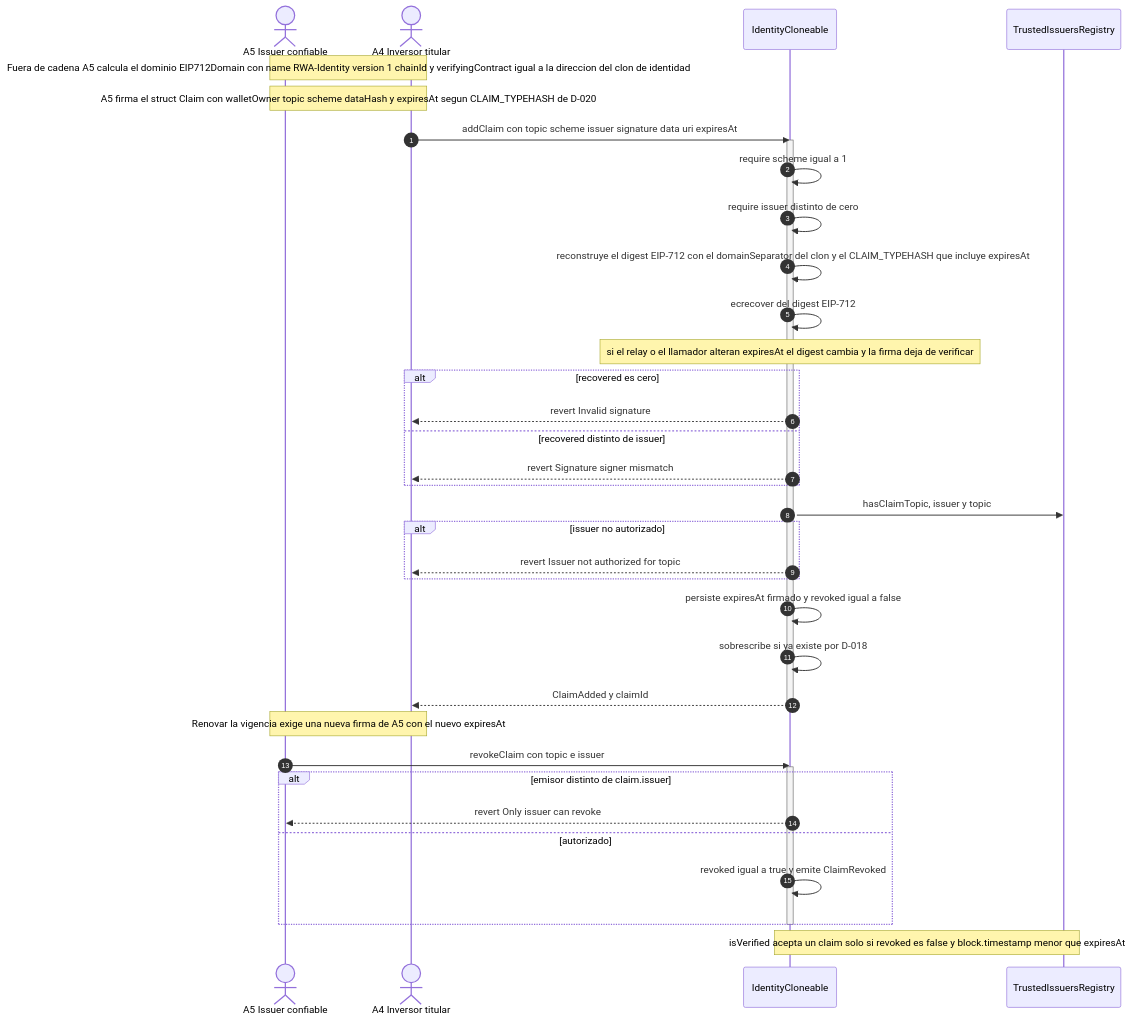
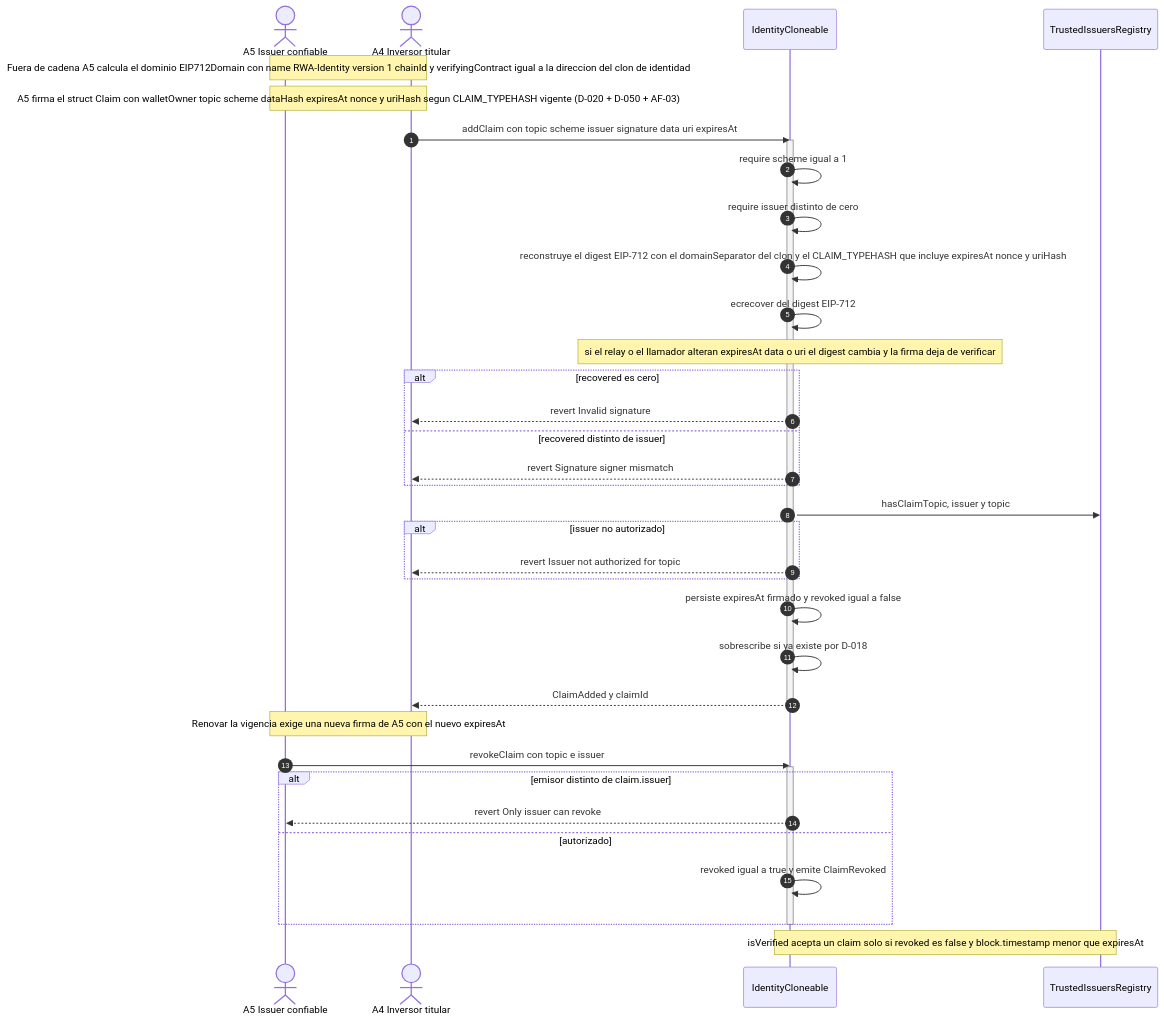
One commit to anlucorporations/rwa-sc changed the fourth of 5 diagrams in RepoTecnico/documento_tecnico.md. Above: the diagram before and after it, drawn with Mermaid. The commit also changed other lines of this file and 19 other files, not shown here.

Commit message:
Fase 4: firma del uri (AF-03) y token fail-closed sin modulos (AF-05)

````diff
--- a/RepoTecnico/documento_tecnico.md
+++ b/RepoTecnico/documento_tecnico.md
@@ -357,40 +358,40 @@
 ```mermaid
 sequenceDiagram
     autonumber
     actor A5 as A5 Issuer confiable
     actor A4 as A4 Inversor titular
     participant ID as IdentityCloneable
     participant TIR as TrustedIssuersRegistry
     Note over A4,A5: Fuera de cadena A5 calcula el dominio EIP712Domain con name RWA-Identity version 1 chainId y verifyingContract igual a la direccion del clon de identidad
-    Note over A4,A5: A5 firma el struct Claim con walletOwner topic scheme dataHash y expiresAt segun CLAIM_TYPEHASH de D-020
+    Note over A4,A5: A5 firma el struct Claim con walletOwner topic scheme dataHash expiresAt nonce y uriHash segun CLAIM_TYPEHASH vigente (D-020 + D-050 + AF-03)
     A4->>ID: addClaim con topic scheme issuer signature data uri expiresAt
     activate ID
     ID->>ID: require scheme igual a 1
     ID->>ID: require issuer distinto de cero
-    ID->>ID: reconstruye el digest EIP-712 con el domainSeparator del clon y el CLAIM_TYPEHASH que incluye expiresAt
+    ID->>ID: reconstruye el digest EIP-712 con el domainSeparator del clon y el CLAIM_TYPEHASH que incluye expiresAt nonce y uriHash
     ID->>ID: ecrecover del digest EIP-712
-    Note over ID: si el relay o el llamador alteran expiresAt el digest cambia y la firma deja de verificar
+    Note over ID: si el relay o el llamador alteran expiresAt data o uri el digest cambia y la firma deja de verificar
     alt recovered es cero
         ID-->>A4: revert Invalid signature
     else recovered distinto de issuer
         ID-->>A4: revert Signature signer mismatch
     end
     ID->>TIR: hasClaimTopic, issuer y topic
     alt issuer no autorizado
         ID-->>A4: revert Issuer not authorized for topic
     end
     ID->>ID: persiste expiresAt firmado y revoked igual a false
     ID->>ID: sobrescribe si ya existe por D-018
     ID-->>A4: ClaimAdded y claimId
     deactivate ID
     Note over A4,A5: Renovar la vigencia exige una nueva firma de A5 con el nuevo expiresAt
     A5->>ID: revokeClaim con topic e issuer
     activate ID
     alt emisor distinto de claim.issuer
         ID-->>A5: revert Only issuer can revoke
     else autorizado
         ID->>ID: revoked igual a true y emite ClaimRevoked
     end
     deactivate ID
     Note over ID,TIR: isVerified acepta un claim solo si revoked es false y block.timestamp menor que expiresAt
 ```
````
